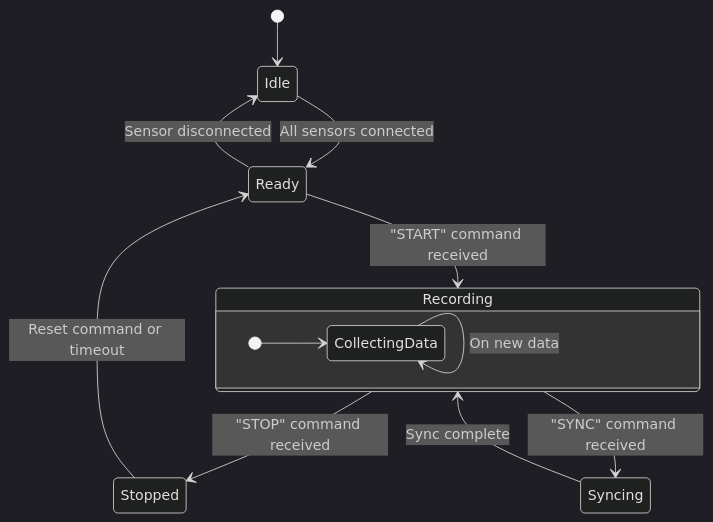
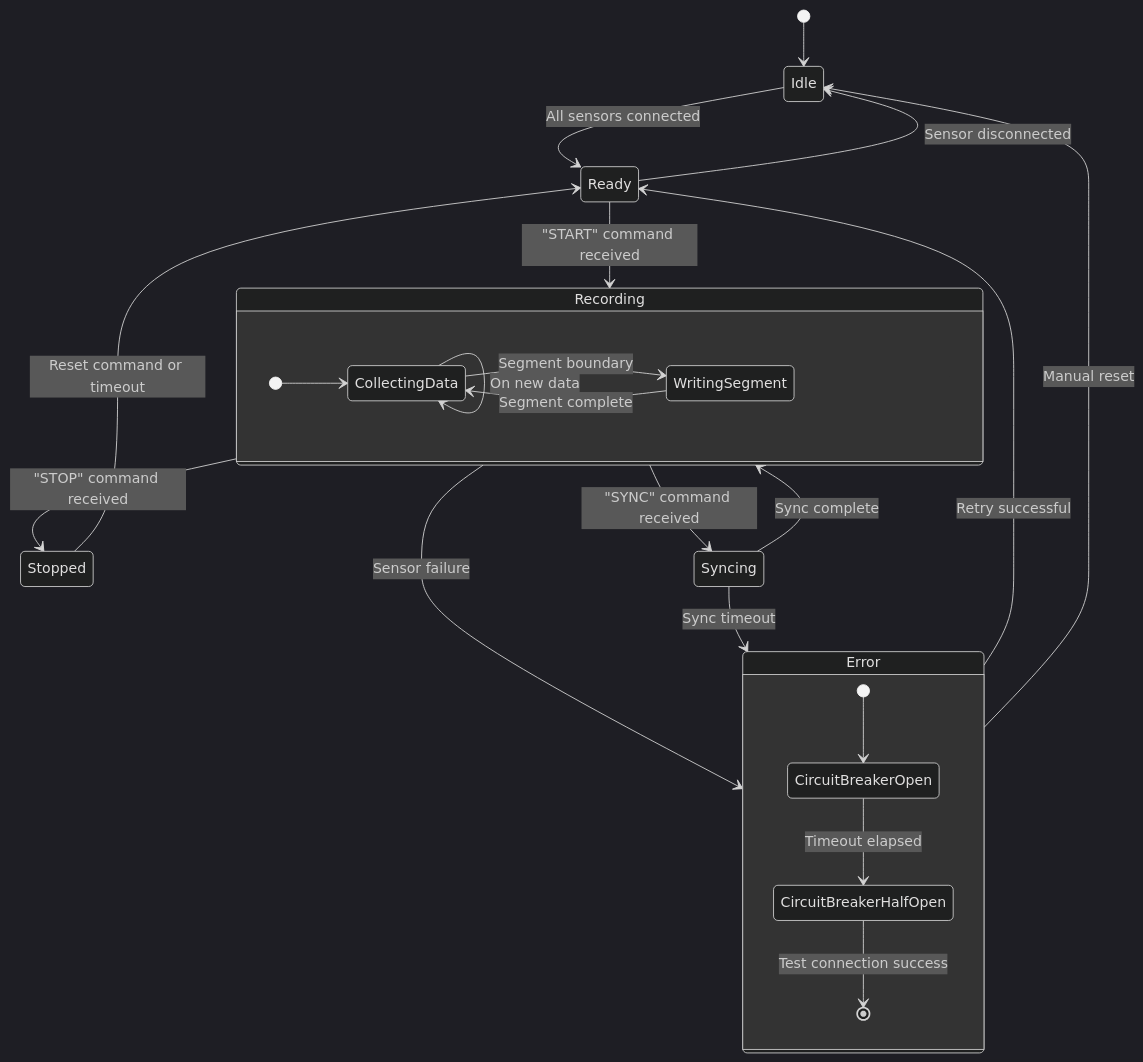
One commit to buccancs/buccancs changed the diagram in visualizations/chapter3/state_machine.md. Above: the diagram before and after it, drawn with Mermaid (dark theme). The commit also changed other lines of this file and 432 other files, not shown here.

````diff
--- a/visualizations/chapter3/state_machine.md
+++ b/visualizations/chapter3/state_machine.md
@@ -1,17 +5,29 @@
 ```mermaid
 stateDiagram-v2
     [*] --> Idle
     Idle --> Ready: All sensors connected
     Ready --> Idle: Sensor disconnected
     Ready --> Recording: "START" command received
     Recording --> Stopped: "STOP" command received
     Recording --> Syncing: "SYNC" command received
+    Recording --> Error: Sensor failure
     Syncing --> Recording: Sync complete
+    Syncing --> Error: Sync timeout
+    Error --> Ready: Retry successful
+    Error --> Idle: Manual reset
     Stopped --> Ready: Reset command or timeout
 
     state Recording {
         direction LR
         [*] --> CollectingData
         CollectingData --> CollectingData: On new data
+        CollectingData --> WritingSegment: Segment boundary
+        WritingSegment --> CollectingData: Segment complete
+    }
+    
+    state Error {
+        [*] --> CircuitBreakerOpen
+        CircuitBreakerOpen --> CircuitBreakerHalfOpen: Timeout elapsed
+        CircuitBreakerHalfOpen --> [*]: Test connection success
     }
 ```
````
